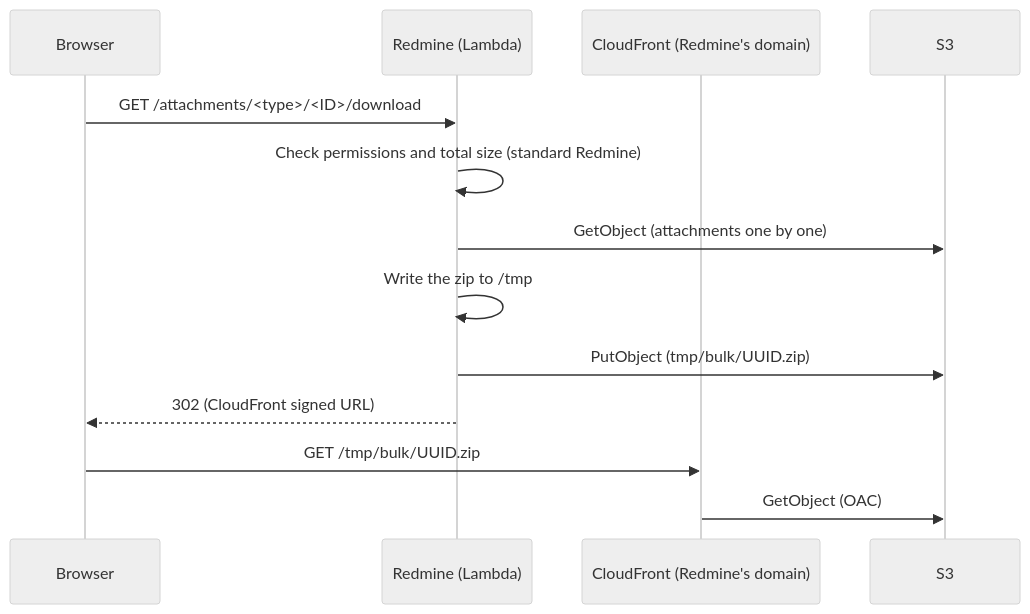
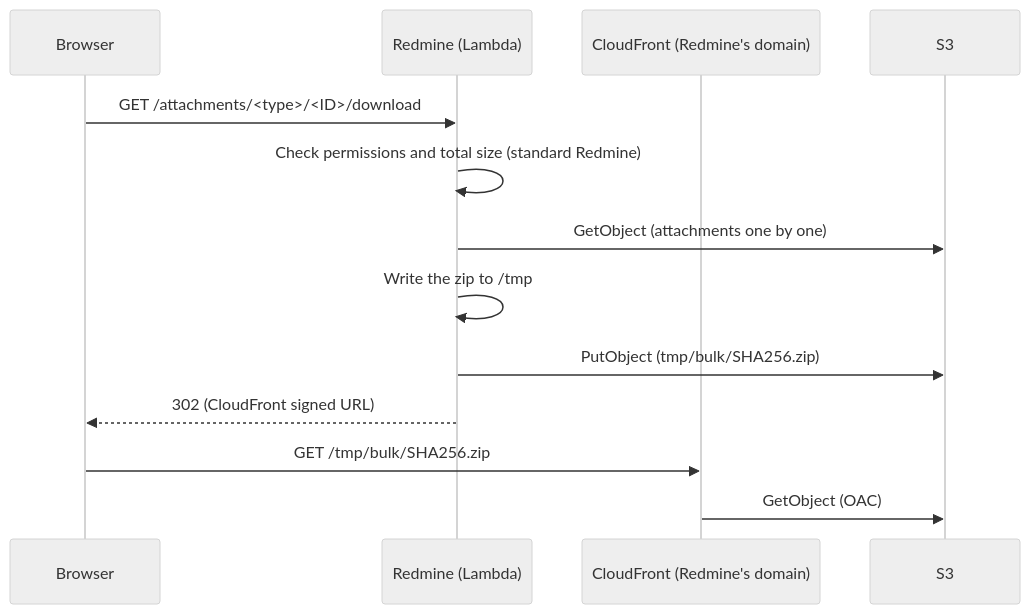
Before and after one commit to redmine-kit/redmine_aws_s3: the third of 3 diagrams in docs/attachments.md, drawn with Mermaid (neutral theme). The commit also changed other lines of this file and 10 other files, not shown here.

````diff
--- a/docs/attachments.md
+++ b/docs/attachments.md
@@ -172,15 +173,15 @@
 ```mermaid
 sequenceDiagram
   participant B as Browser
   participant R as Redmine (Lambda)
   participant C as CloudFront (Redmine's domain)
   participant S as S3
   B->>R: GET /attachments/<type>/<ID>/download
   R->>R: Check permissions and total size (standard Redmine)
   R->>S: GetObject (attachments one by one)
   R->>R: Write the zip to /tmp
-  R->>S: PutObject (tmp/bulk/UUID.zip)
+  R->>S: PutObject (tmp/bulk/SHA256.zip)
   R-->>B: 302 (CloudFront signed URL)
-  B->>C: GET /tmp/bulk/UUID.zip
+  B->>C: GET /tmp/bulk/SHA256.zip
   C->>S: GetObject (OAC)
 ```
````
